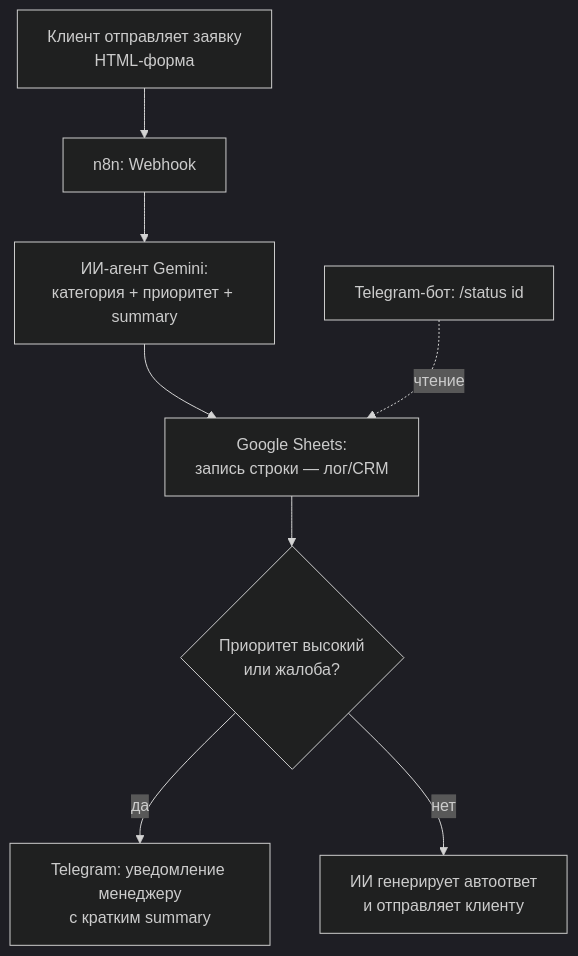
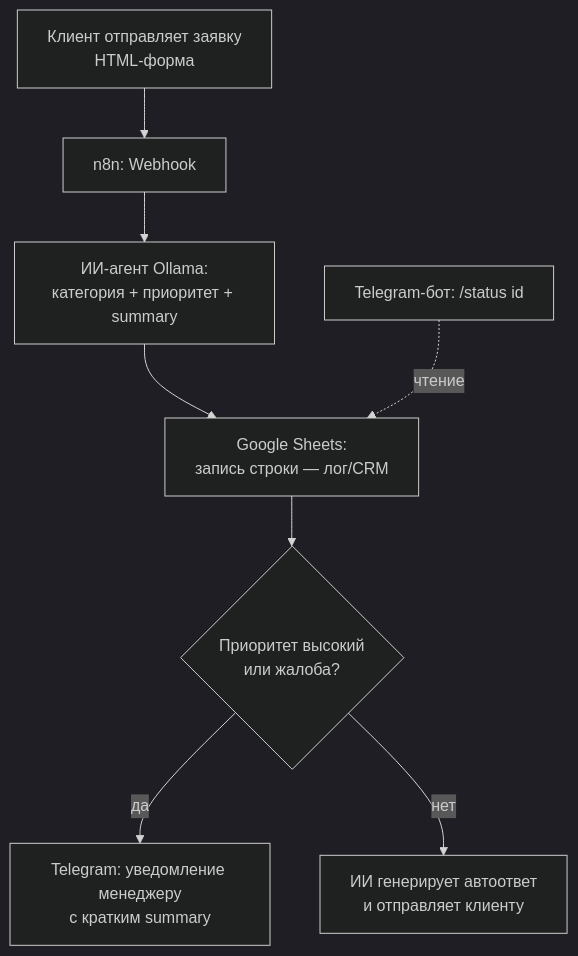
The diagram in README.md (nastyaaaay/smart-intake-automation), drawn with Mermaid (dark theme) before and after one commit. The commit also changed other lines of this file and 1 other file, not shown here.

First line of the commit message:
Switch classification node from Gemini to local Ollama LLM

````diff
--- a/README.md
+++ b/README.md
@@ -20,10 +20,10 @@
 ```mermaid
 flowchart TD
     A[Клиент отправляет заявку<br/>HTML-форма] --> B[n8n: Webhook]
-    B --> C[ИИ-агент Gemini:<br/>категория + приоритет + summary]
+    B --> C[ИИ-агент Ollama:<br/>категория + приоритет + summary]
     C --> D[Google Sheets:<br/>запись строки — лог/CRM]
     D --> E{Приоритет высокий<br/>или жалоба?}
     E -- да --> F[Telegram: уведомление менеджеру<br/>с кратким summary]
     E -- нет --> G[ИИ генерирует автоответ<br/>и отправляет клиенту]
     H[Telegram-бот: /status id] -.чтение.-> D
 ```
````
